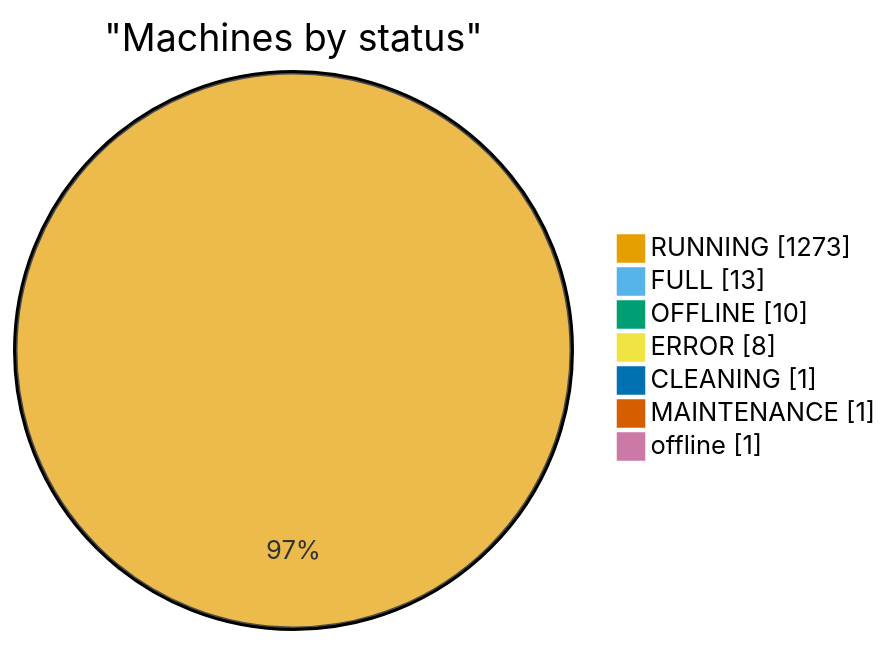
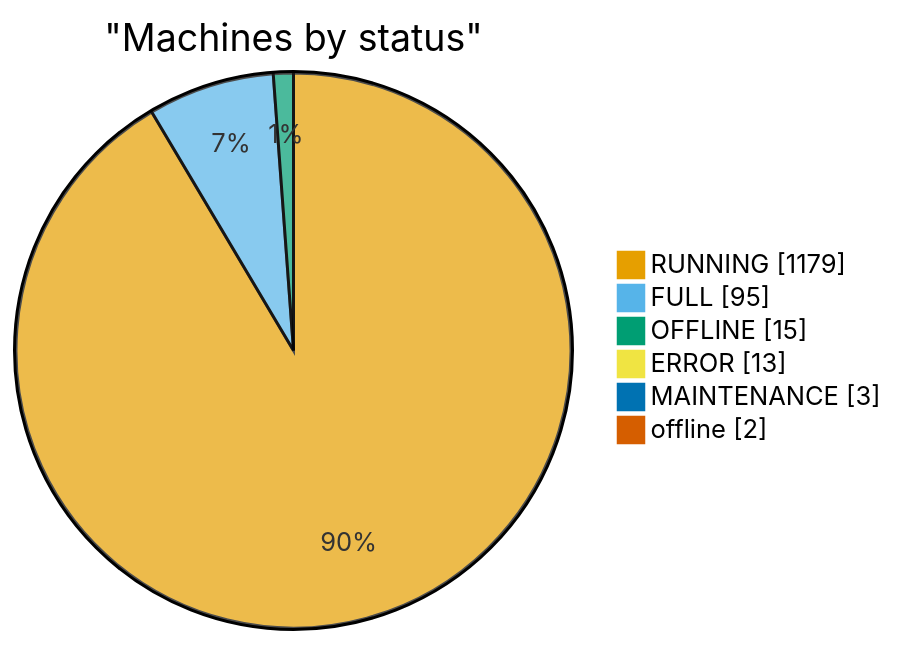
One commit to cheeaun/returnright-data changed the first of 7 diagrams in ANALYSIS.md. Above: the diagram before and after it, drawn with Mermaid. The commit also changed other lines of this file and 3 other files, not shown here.

````diff
--- a/ANALYSIS.md
+++ b/ANALYSIS.md
@@ -16,23 +16,22 @@
 ```mermaid
 ---
 config:
   themeVariables:
     pie1: "#E69F00"
     pie2: "#56B4E9"
     pie3: "#009E73"
     pie4: "#F0E442"
     pie5: "#0072B2"
     pie6: "#D55E00"
     pie7: "#CC79A7"
     pie8: "#999999"
 ---
 pie showData
     title "Machines by status"
-    "RUNNING": 1273
-    "FULL": 13
-    "OFFLINE": 10
-    "ERROR": 8
-    "CLEANING": 1
-    "MAINTENANCE": 1
-    "offline": 1
+    "RUNNING": 1179
+    "FULL": 95
+    "OFFLINE": 15
+    "ERROR": 13
+    "MAINTENANCE": 3
+    "offline": 2
 ```
````
